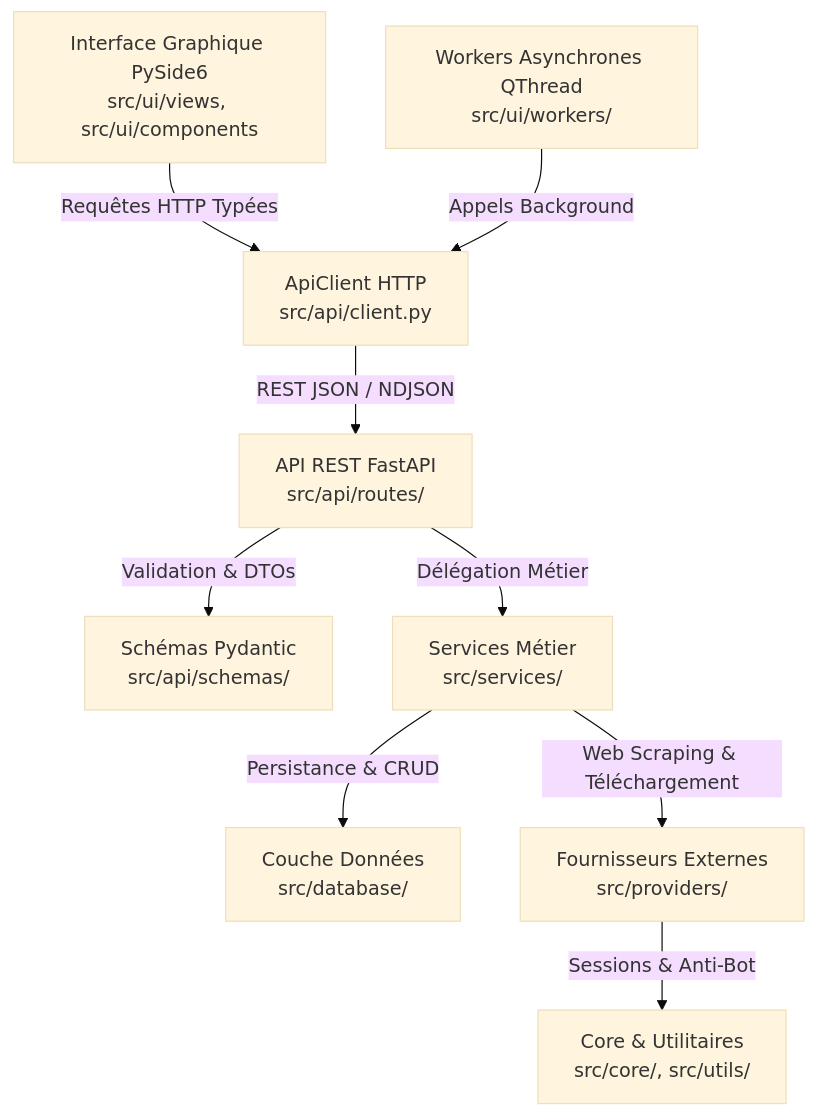
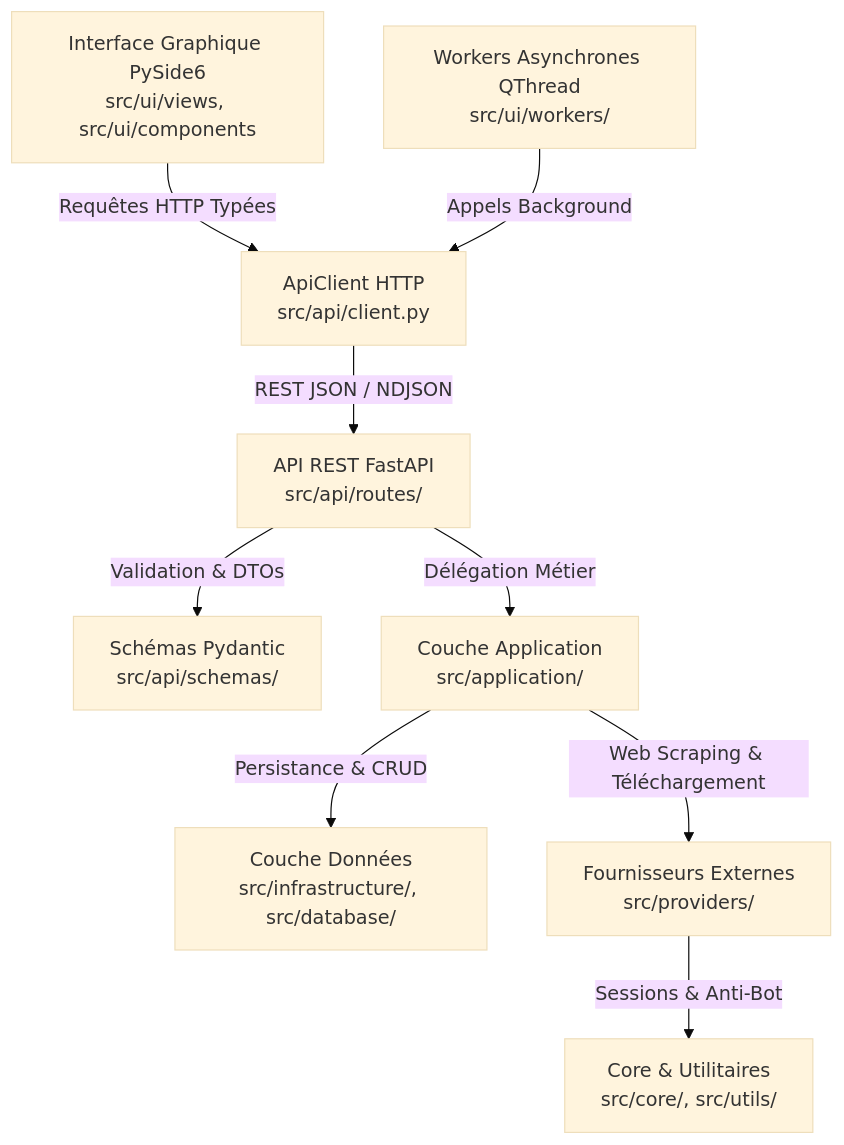
The diagram in documentation/architecture.md (olahouze/SIMS4-Mods-Manager), drawn with Mermaid (base theme) before and after one commit. The commit also changed other lines of this file and 130 other files, not shown here.

Commit message:
feat: add core architecture, API, UI components, and application services for Sims 4 Mods Manager

````diff
--- a/documentation/architecture.md
+++ b/documentation/architecture.md
@@ -11,11 +11,11 @@
 ```mermaid
 graph TD
     UI[Interface Graphique PySide6<br/>src/ui/views, src/ui/components] -->|Requêtes HTTP Typées| ApiClient[ApiClient HTTP<br/>src/api/client.py]
     UIWorkers[Workers Asynchrones QThread<br/>src/ui/workers/] -->|Appels Background| ApiClient
     ApiClient -->|REST JSON / NDJSON| APILayer[API REST FastAPI<br/>src/api/routes/]
     APILayer -->|Validation & DTOs| Schemas[Schémas Pydantic<br/>src/api/schemas/]
-    APILayer -->|Délégation Métier| Services[Services Métier<br/>src/services/]
-    Services -->|Persistance & CRUD| Database[Couche Données<br/>src/database/]
-    Services -->|Web Scraping & Téléchargement| Providers[Fournisseurs Externes<br/>src/providers/]
+    APILayer -->|Délégation Métier| Application[Couche Application<br/>src/application/]
+    Application -->|Persistance & CRUD| Database[Couche Données<br/>src/infrastructure/, src/database/]
+    Application -->|Web Scraping & Téléchargement| Providers[Fournisseurs Externes<br/>src/providers/]
     Providers -->|Sessions & Anti-Bot| Core[Core & Utilitaires<br/>src/core/, src/utils/]
 ```
````
